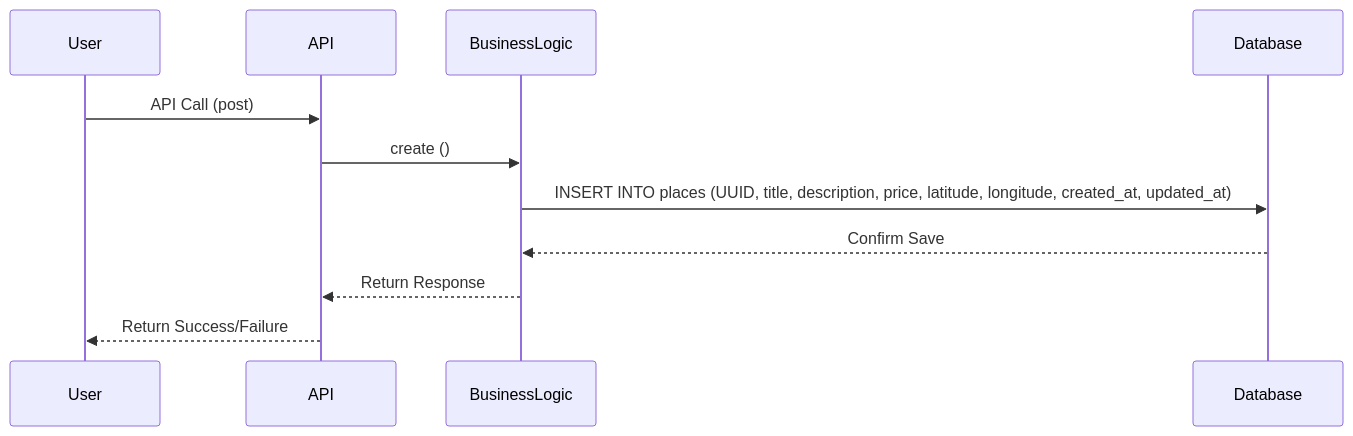
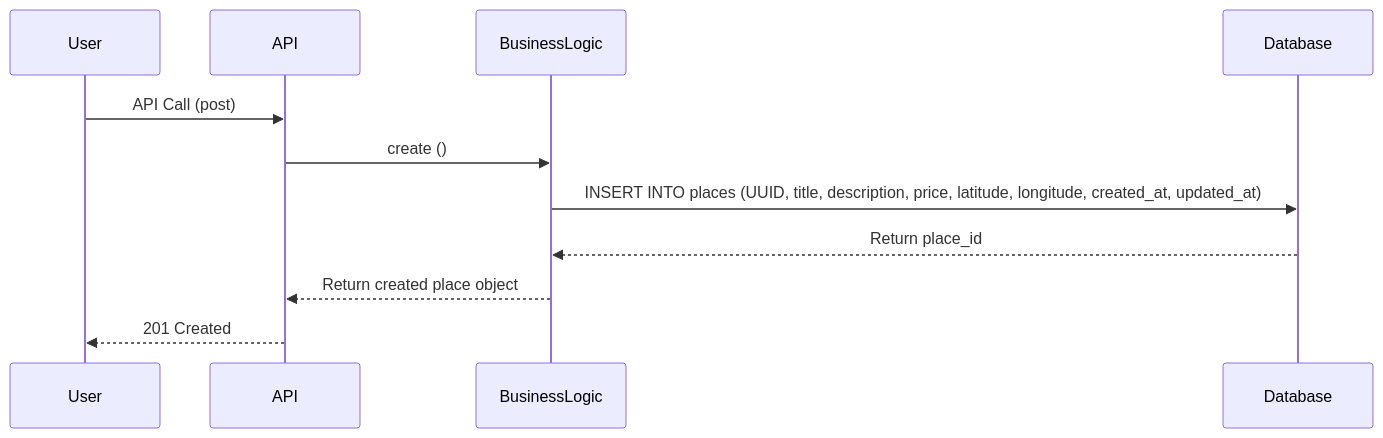
Before and after one commit to shahd-v/holbertonschool-hbnb: the second of 4 diagrams in README.md, drawn with Mermaid.

````diff
--- a/README.md
+++ b/README.md
@@ -52,14 +52,14 @@
 ```mermaid
 sequenceDiagram
 participant User
 participant API
 participant BusinessLogic
 participant Database
 
 User->>API: API Call (post)
 API->>BusinessLogic: create ()
 BusinessLogic->>Database: INSERT INTO places (UUID, title, description, price, latitude, longitude, created_at, updated_at)
-Database-->>BusinessLogic: Confirm Save
-BusinessLogic-->>API: Return Response
-API-->>User: Return Success/Failure
+Database-->>BusinessLogic: Return place_id
+BusinessLogic-->>API: Return created place object
+API-->>User: 201 Created
 ```
````
